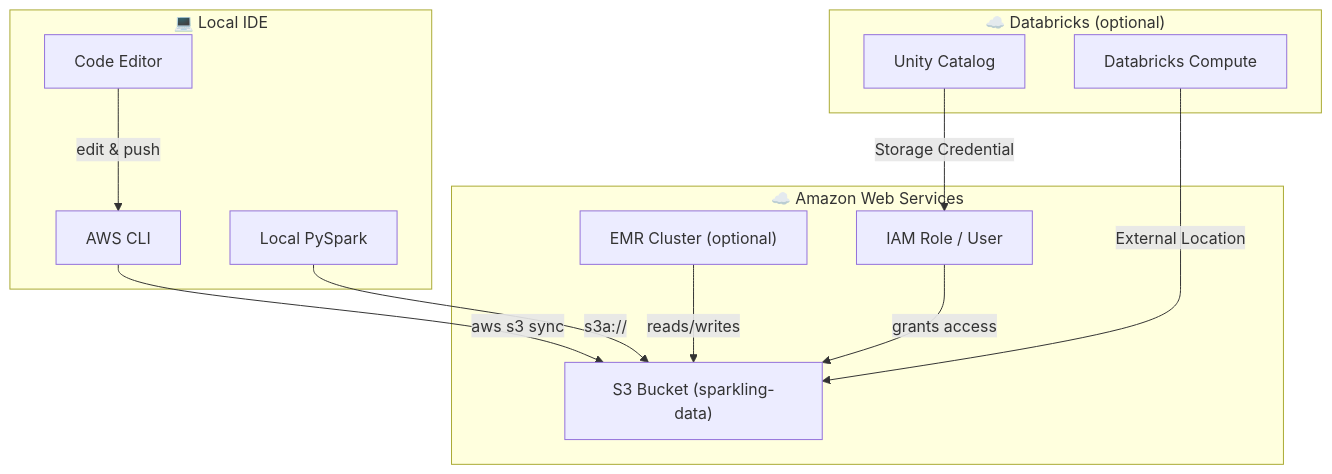
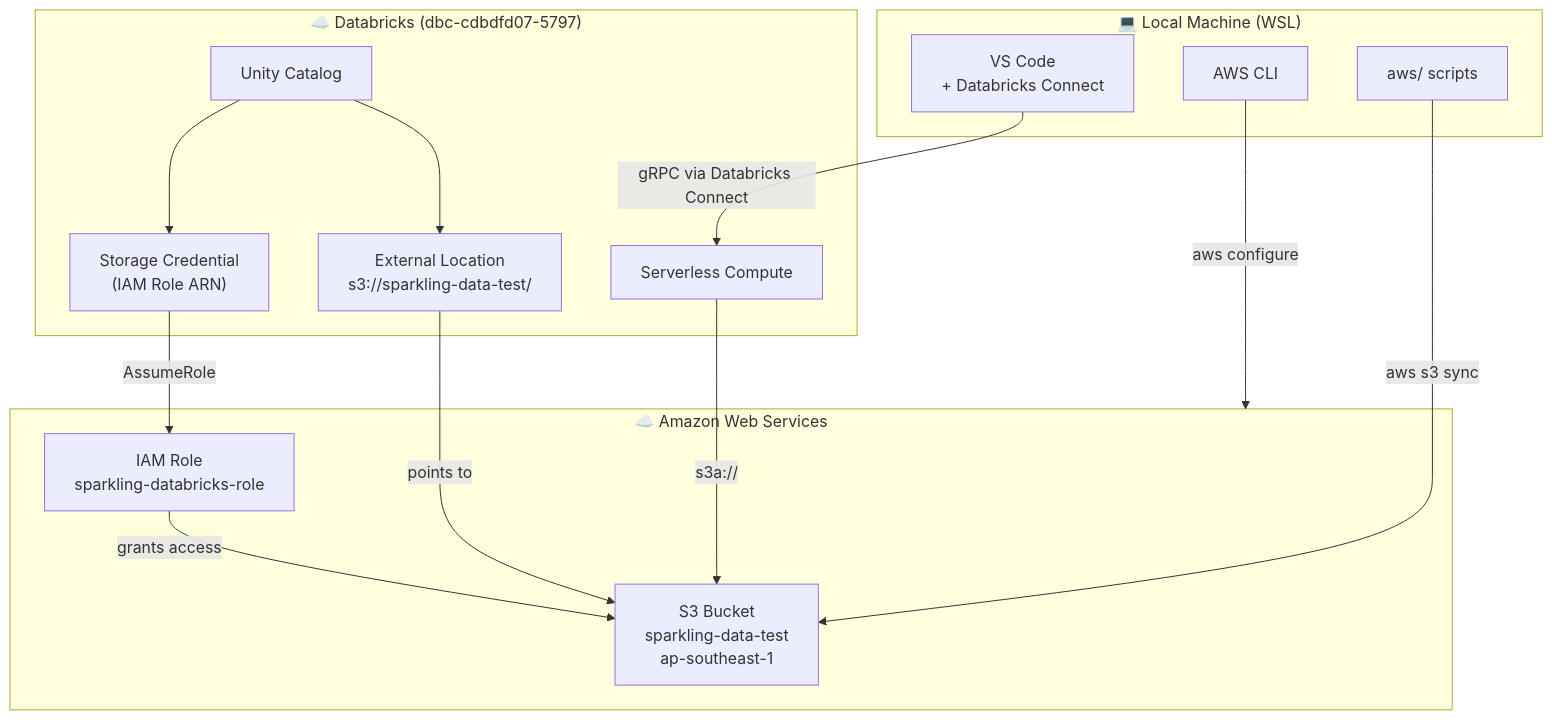
The diagram in docs/AWS_SETUP.md (huynguyen305/Spark-ling), drawn with Mermaid before and after one commit. The commit also changed other lines of this file and 5 other files, not shown here.

First line of the commit message:
docs: comprehensive update for Databricks Connect + S3 setup

````diff
--- a/docs/AWS_SETUP.md
+++ b/docs/AWS_SETUP.md
@@ -9,27 +9,30 @@
 ```mermaid
 graph TB
-    subgraph LOCAL["💻 Local IDE"]
-        CODE["Code Editor"]
+    subgraph LOCAL["💻 Local Machine (WSL)"]
+        CODE["VS Code\n+ Databricks Connect"]
         CLI["AWS CLI"]
-        SPARK_LOCAL["Local PySpark"]
+        SCRIPTS["aws/ scripts"]
     end
 
     subgraph AWS["☁️ Amazon Web Services"]
-        S3["S3 Bucket (sparkling-data)"]
-        EMR["EMR Cluster (optional)"]
-        IAM["IAM Role / User"]
+        S3["S3 Bucket\nsparkling-data-test\nap-southeast-1"]
+        IAM["IAM Role\nsparkling-databricks-role"]
     end
 
-    subgraph DBX["☁️ Databricks (optional)"]
-        DBX_COMPUTE["Databricks Compute"]
+    subgraph DBX["☁️ Databricks (dbc-cdbdfd07-5797)"]
+        SERVERLESS["Serverless Compute"]
         UC["Unity Catalog"]
+        STORAGECRED["Storage Credential\n(IAM Role ARN)"]
+        EXTLOC["External Location\ns3://sparkling-data-test/"]
     end
 
-    CODE -->|"edit & push"| CLI
-    CLI -->|"aws s3 sync"| S3
-    SPARK_LOCAL -->|"s3a://"| S3
-    EMR -->|"reads/writes"| S3
+    CODE -->|"gRPC via Databricks Connect"| SERVERLESS
+    SCRIPTS -->|"aws s3 sync"| S3
+    CLI -->|"aws configure"| AWS
     IAM -->|"grants access"| S3
-    DBX_COMPUTE -->|"External Location"| S3
-    UC -->|"Storage Credential"| IAM
+    UC --> STORAGECRED
+    STORAGECRED -->|"AssumeRole"| IAM
+    UC --> EXTLOC
+    EXTLOC -->|"points to"| S3
+    SERVERLESS -->|"s3a://"| S3
 ```
````
